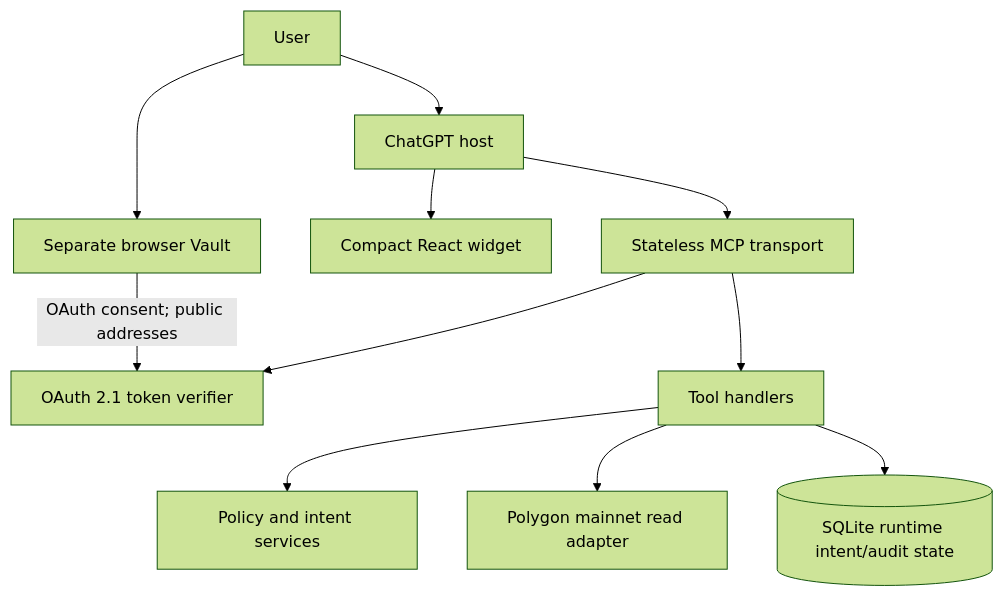
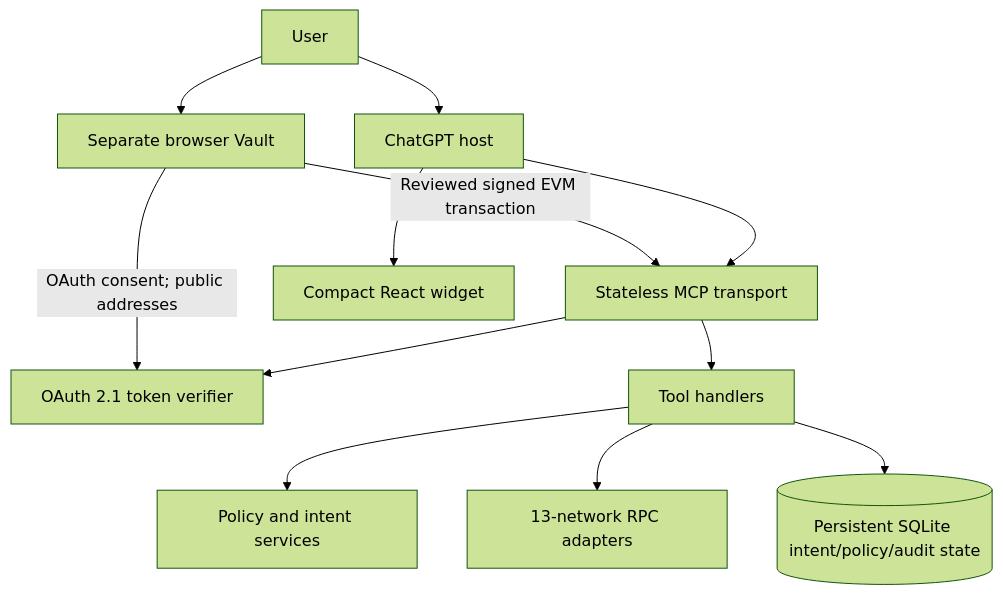
The first of 2 diagrams in docs/ARCHITECTURE.md (coinsecuritiescompany/GPT-wallet-AiFinPay), drawn with Mermaid (forest theme) before and after one commit. The commit also changed other lines of this file and 70 other files, not shown here.

````diff
--- a/docs/ARCHITECTURE.md
+++ b/docs/ARCHITECTURE.md
@@ -5,13 +5,14 @@
 ```mermaid
 flowchart TD
     U["User"] --> C["ChatGPT host"]
     C --> M["Stateless MCP transport"]
     M --> A["OAuth 2.1 token verifier"]
     M --> T["Tool handlers"]
     T --> P["Policy and intent services"]
-    T --> R["Polygon mainnet read adapter"]
-    T --> S[("SQLite runtime intent/audit state")]
+    T --> R["13-network RPC adapters"]
+    T --> S[("Persistent SQLite intent/policy/audit state")]
     C --> W["Compact React widget"]
     U --> V["Separate browser Vault"]
     V -->|"OAuth consent; public addresses"| A
+    V -->|"Reviewed signed EVM transaction"| M
 ```
````
